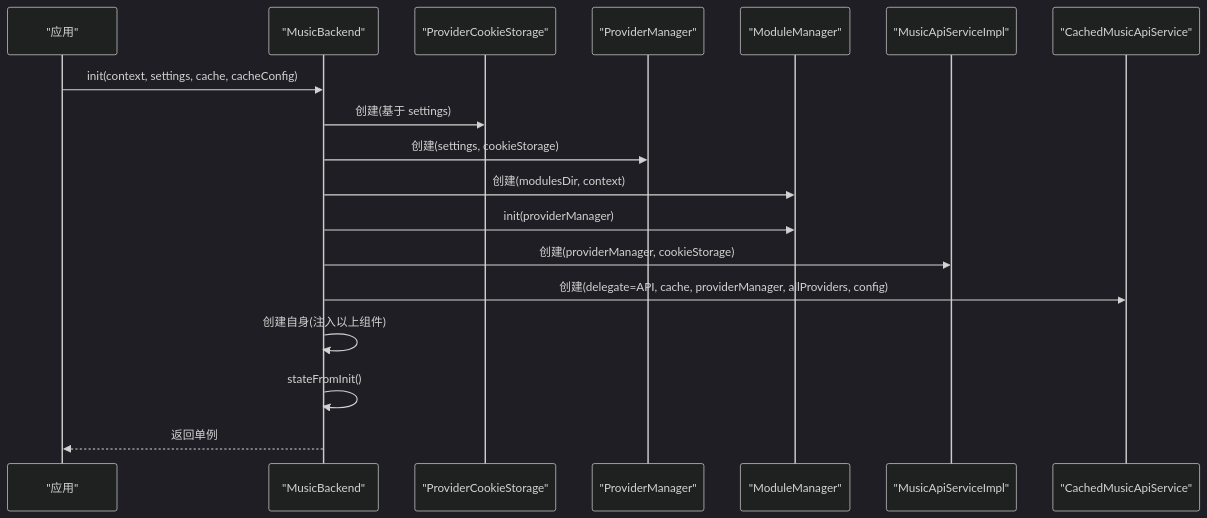
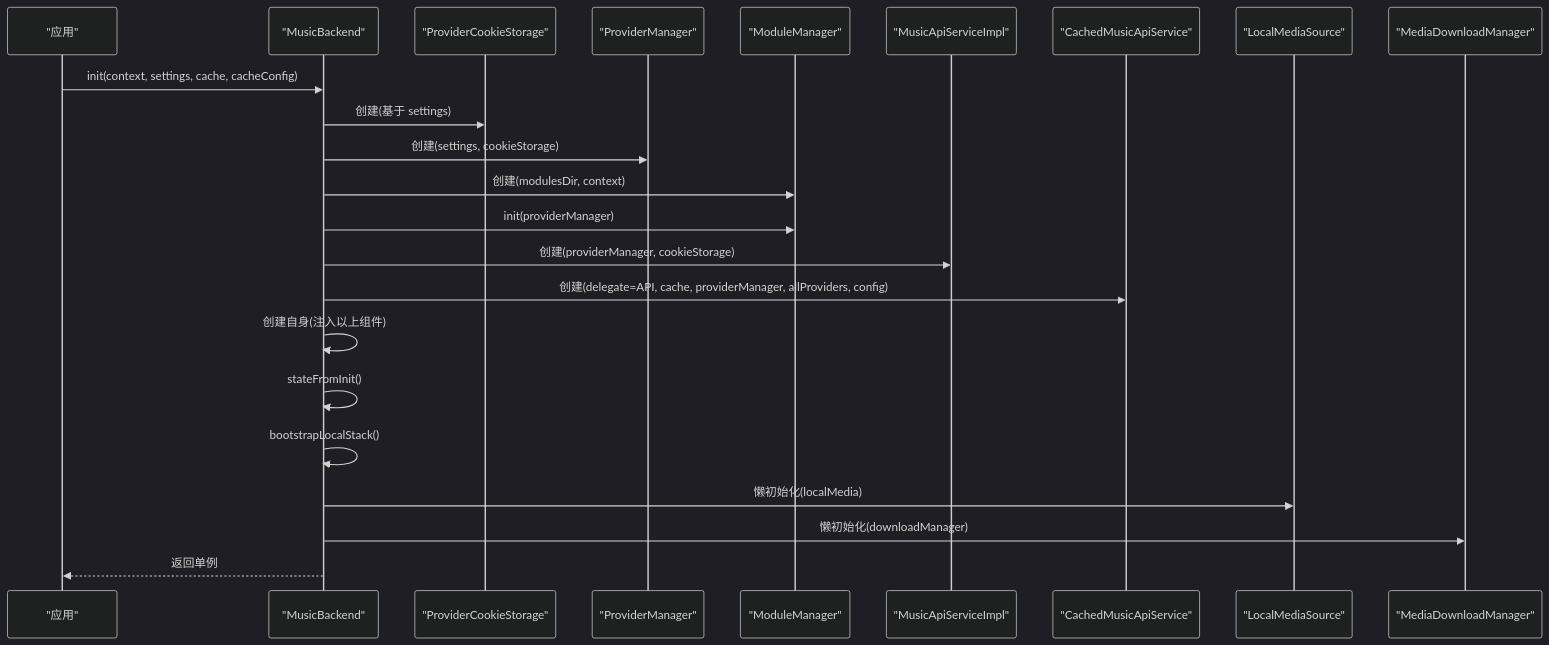
One commit to Aurora-Nasa-1/CPPlayer-KMP changed the third of 3 diagrams in .qoder/repowiki/zh/content/架构设计/后端架构设计/MusicBackend 核心设计.md. Above: the diagram before and after it, drawn with Mermaid (dark theme). The commit also changed other lines of this file and 47 other files, not shown here.

````diff
--- a/.qoder/repowiki/zh/content/架构设计/后端架构设计/MusicBackend 核心设计.md
+++ b/.qoder/repowiki/zh/content/架构设计/后端架构设计/MusicBackend 核心设计.md
@@ -248,20 +339,25 @@
 ```mermaid
 sequenceDiagram
 participant App as "应用"
 participant MB as "MusicBackend"
 participant PCS as "ProviderCookieStorage"
 participant PM as "ProviderManager"
 participant MM as "ModuleManager"
 participant API as "MusicApiServiceImpl"
 participant CAPI as "CachedMusicApiService"
+participant LMS as "LocalMediaSource"
+participant DMM as "MediaDownloadManager"
 App->>MB : init(context, settings, cache, cacheConfig)
 MB->>PCS : 创建(基于 settings)
 MB->>PM : 创建(settings, cookieStorage)
 MB->>MM : 创建(modulesDir, context)
 MB->>MM : init(providerManager)
 MB->>API : 创建(providerManager, cookieStorage)
 MB->>CAPI : 创建(delegate=API, cache, providerManager, allProviders, config)
 MB->>MB : 创建自身(注入以上组件)
 MB->>MB : stateFromInit()
+MB->>MB : bootstrapLocalStack()
+MB->>LMS : 懒初始化(localMedia)
+MB->>DMM : 懒初始化(downloadManager)
 MB-->>App : 返回单例
 ```
````
